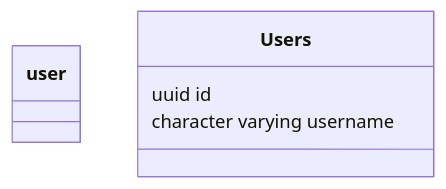
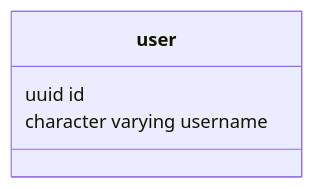
The first of 2 diagrams in README.md (dorian-frances/df-java-template), drawn with Mermaid before and after one commit.

Commit message:
fixing mermaid

````diff
--- a/README.md
+++ b/README.md
@@ -157,6 +157,6 @@
 ```mermaid
 classDiagram
 class user
-Users : uuid id
-Users : character varying username
+user : uuid id
+user : character varying username
 ```
````
